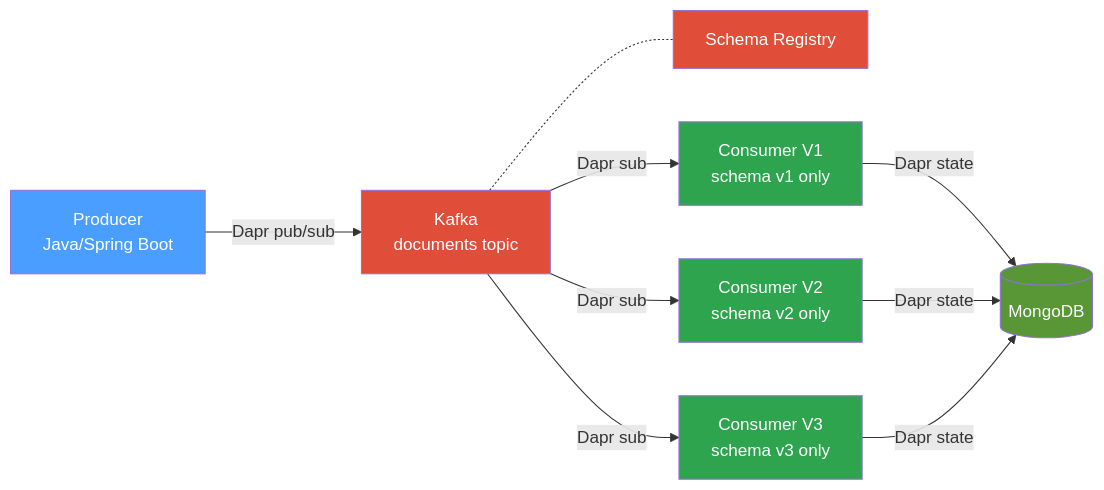
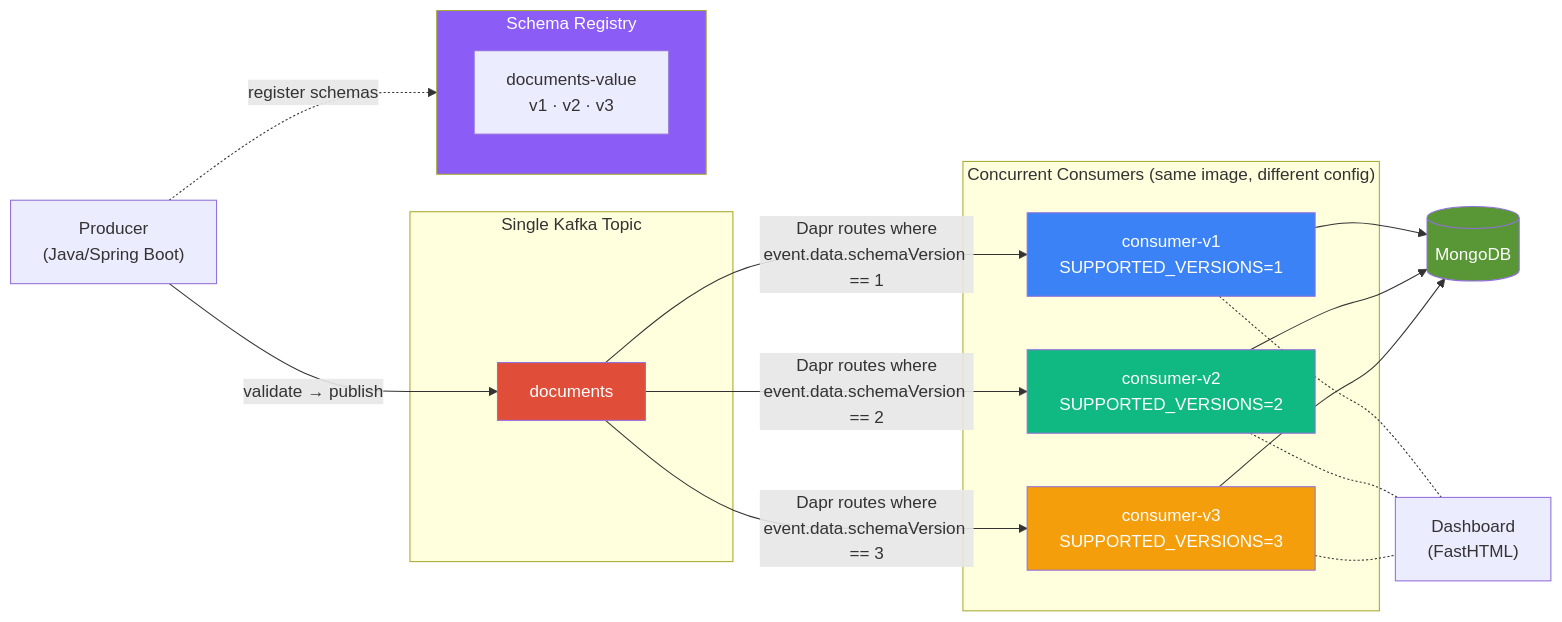
Before and after one commit to righteouslabs/experiments-kubernetes: the first of 4 diagrams in README.md, drawn with Mermaid. The commit also changed other lines of this file and 6 other files, not shown here.

First line of the commit message:
Add FastHTML live dashboard, restructure README for demo focus

````diff
--- a/README.md
+++ b/README.md
@@ -26,27 +14,40 @@
 ```mermaid
 graph LR
-    P[Producer<br/>Java/Spring Boot]
-    K[Kafka<br/>documents topic]
-    SR[Schema Registry]
-    C1[Consumer V1<br/>schema v1 only]
-    C2[Consumer V2<br/>schema v2 only]
-    C3[Consumer V3<br/>schema v3 only]
+    P["Producer<br/>(Java/Spring Boot)"]
+
+    subgraph "Single Kafka Topic"
+        T["documents"]
+    end
+
+    subgraph SR["Schema Registry"]
+        SV["documents-value<br/>v1 · v2 · v3"]
+    end
+
+    subgraph "Concurrent Consumers (same image, different config)"
+        C1["consumer-v1<br/>SUPPORTED_VERSIONS=1"]
+        C2["consumer-v2<br/>SUPPORTED_VERSIONS=2"]
+        C3["consumer-v3<br/>SUPPORTED_VERSIONS=3"]
+    end
+
     M[(MongoDB)]
+    D["Dashboard<br/>(FastHTML)"]
 
-    P -- "Dapr pub/sub" --> K
-    K -- "Dapr sub" --> C1
-    K -- "Dapr sub" --> C2
-    K -- "Dapr sub" --> C3
-    K -.- SR
-    C1 -- "Dapr state" --> M
-    C2 -- "Dapr state" --> M
-    C3 -- "Dapr state" --> M
+    P -- "validate → publish" --> T
+    P -. "register schemas" .-> SR
+    T -- "Dapr routes where<br/>event.data.schemaVersion == 1" --> C1
+    T -- "Dapr routes where<br/>event.data.schemaVersion == 2" --> C2
+    T -- "Dapr routes where<br/>event.data.schemaVersion == 3" --> C3
+    C1 --> M
+    C2 --> M
+    C3 --> M
+    C1 -.- D
+    C2 -.- D
+    C3 -.- D
 
-    style P fill:#4a9eff,color:#fff
-    style K fill:#e04e39,color:#fff
-    style SR fill:#e04e39,color:#fff
-    style C1 fill:#2ea44f,color:#fff
-    style C2 fill:#2ea44f,color:#fff
-    style C3 fill:#2ea44f,color:#fff
+    style T fill:#e04e39,color:#fff
+    style SR fill:#8b5cf6,color:#fff
+    style C1 fill:#3b82f6,color:#fff
+    style C2 fill:#10b981,color:#fff
+    style C3 fill:#f59e0b,color:#fff
     style M fill:#589636,color:#fff
 ```
````
